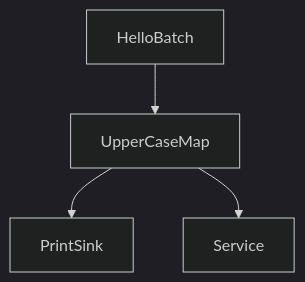
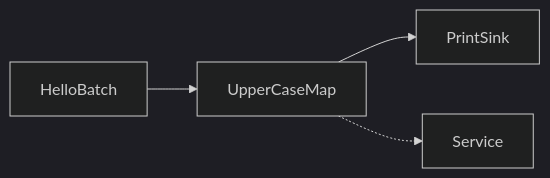
The diagram in docs_src/get_start/cpu_examples/micro_service.md (peilin9990/SAGE-Pub), drawn with Mermaid (dark theme) before and after one commit. The commit also changed other lines of this file and 6 other files, not shown here.

````diff
--- a/docs_src/get_start/cpu_examples/micro_service.md
+++ b/docs_src/get_start/cpu_examples/micro_service.md
@@ -5,5 +5,6 @@
 ```mermaid
-graph TD
-    A[HelloBatch] --> B[UpperCaseMap] --> C[PrintSink]
-    B --> D[Service]
+graph LR
+    A[HelloBatch] --> B[UpperCaseMap]
+    B --> C[PrintSink]
+    B -.-> D[Service]
 ```
````
